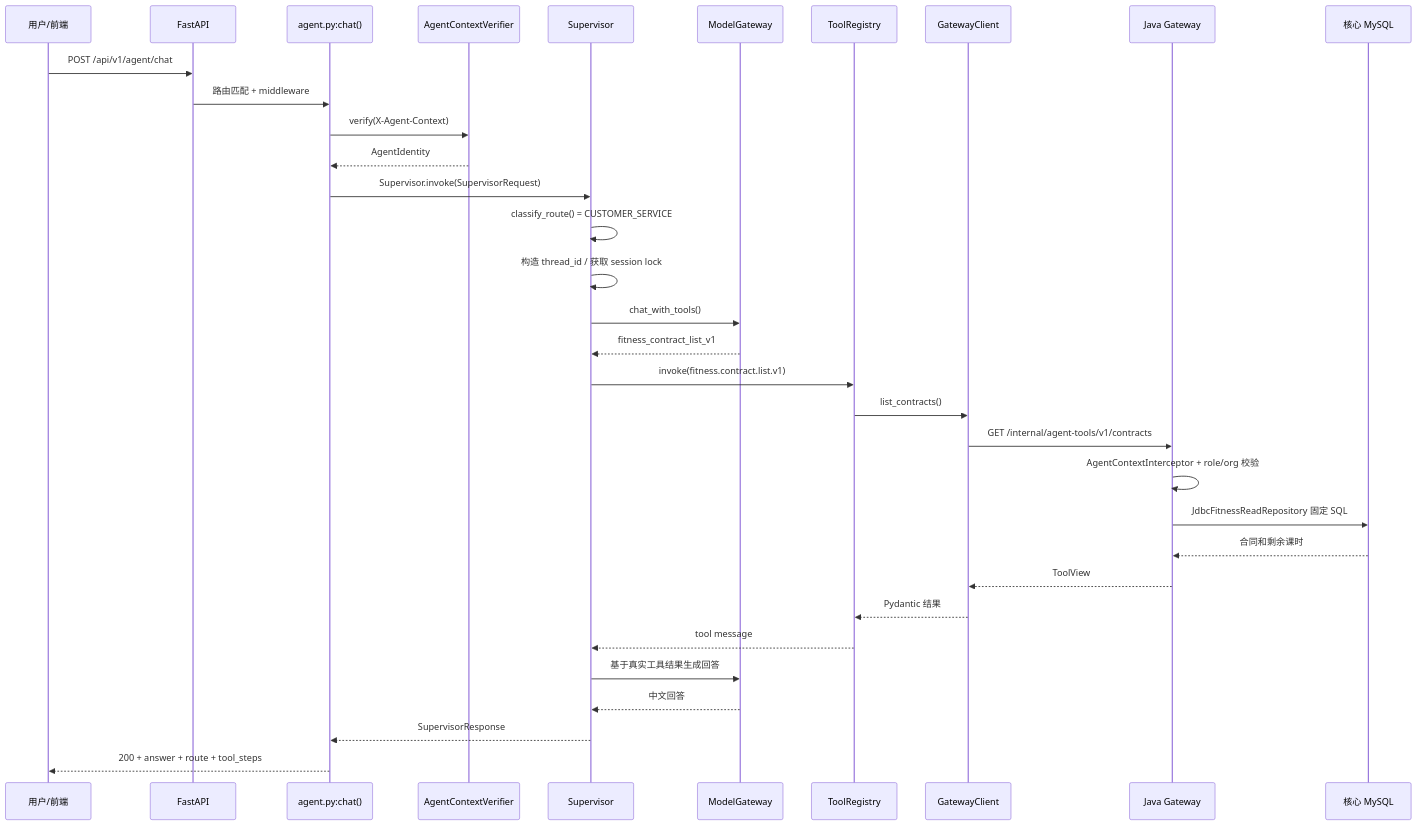
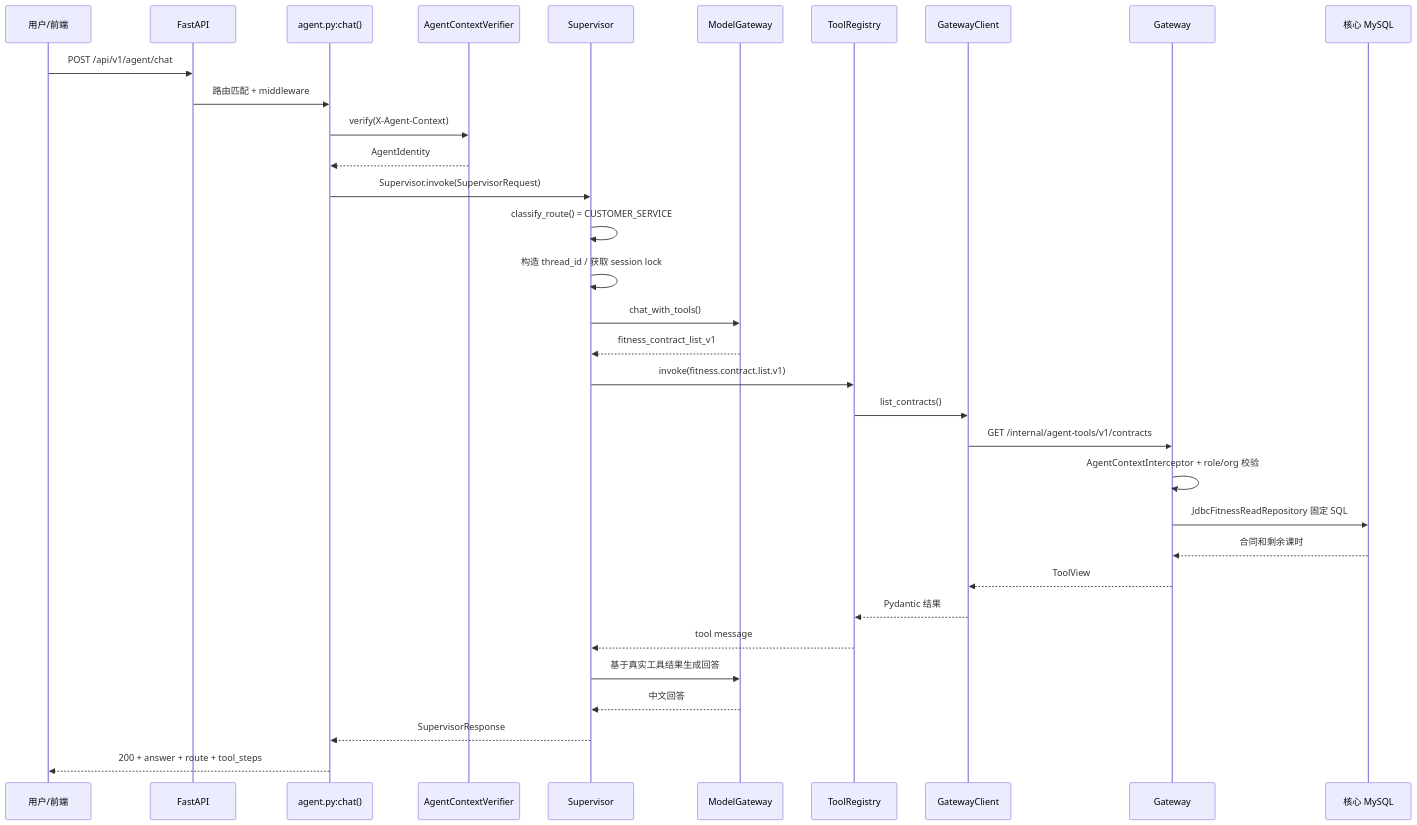
One commit to Dericccck/ai-fitness-platform changed the second of 4 diagrams in docs/ai-fitness-platform-current-architecture.md. Above: the diagram before and after it, drawn with Mermaid. The commit also changed 7 other files, not shown here.

````diff
--- a/docs/ai-fitness-platform-current-architecture.md
+++ b/docs/ai-fitness-platform-current-architecture.md
@@ -377,36 +377,36 @@
 ```mermaid
 sequenceDiagram
     participant U as 用户/前端
     participant API as FastAPI
     participant Route as agent.py:chat()
     participant V as AgentContextVerifier
     participant S as Supervisor
     participant G as ModelGateway
     participant TR as ToolRegistry
     participant GC as GatewayClient
-    participant GW as Java Gateway
+    participant GW as Gateway
     participant DB as 核心 MySQL
 
     U->>API: POST /api/v1/agent/chat
     API->>Route: 路由匹配 + middleware
     Route->>V: verify(X-Agent-Context)
     V-->>Route: AgentIdentity
     Route->>S: Supervisor.invoke(SupervisorRequest)
     S->>S: classify_route() = CUSTOMER_SERVICE
     S->>S: 构造 thread_id / 获取 session lock
     S->>G: chat_with_tools()
     G-->>S: fitness_contract_list_v1
     S->>TR: invoke(fitness.contract.list.v1)
     TR->>GC: list_contracts()
     GC->>GW: GET /internal/agent-tools/v1/contracts
     GW->>GW: AgentContextInterceptor + role/org 校验
     GW->>DB: JdbcFitnessReadRepository 固定 SQL
     DB-->>GW: 合同和剩余课时
     GW-->>GC: ToolView
     GC-->>TR: Pydantic 结果
     TR-->>S: tool message
     S->>G: 基于真实工具结果生成回答
     G-->>S: 中文回答
     S-->>Route: SupervisorResponse
     Route-->>U: 200 + answer + route + tool_steps
 ```
````
